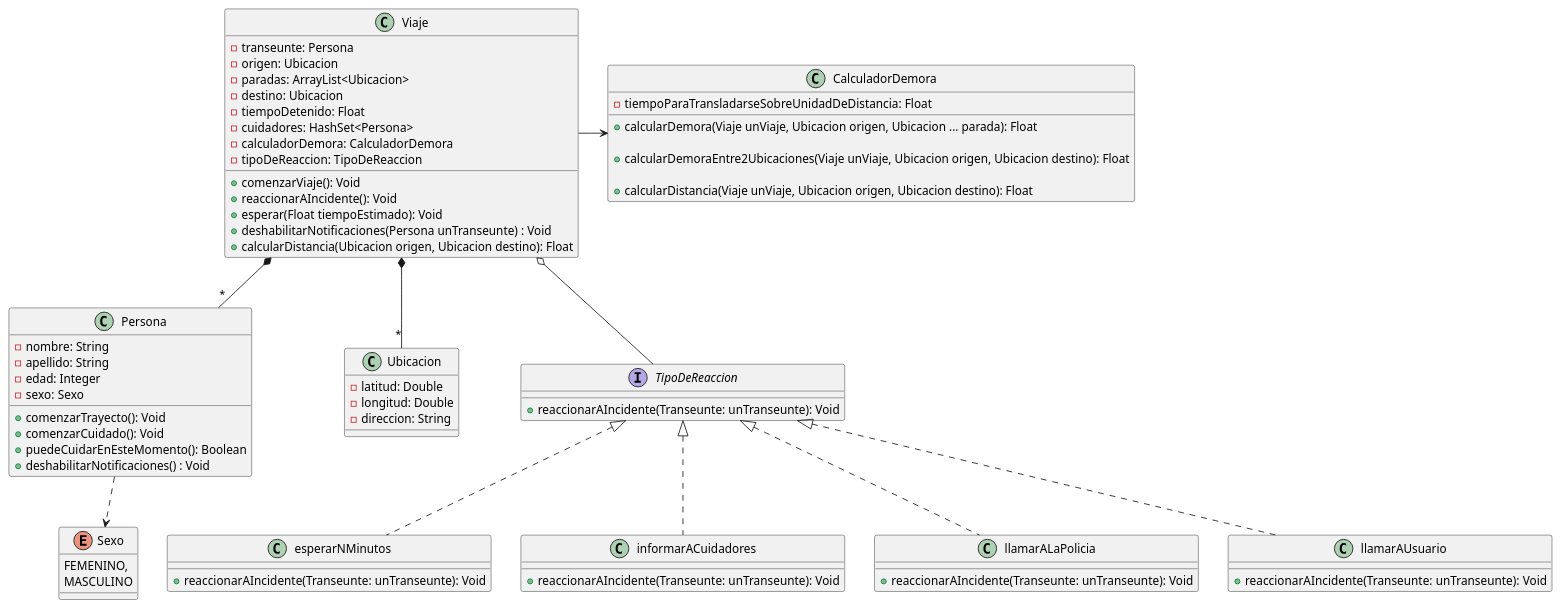
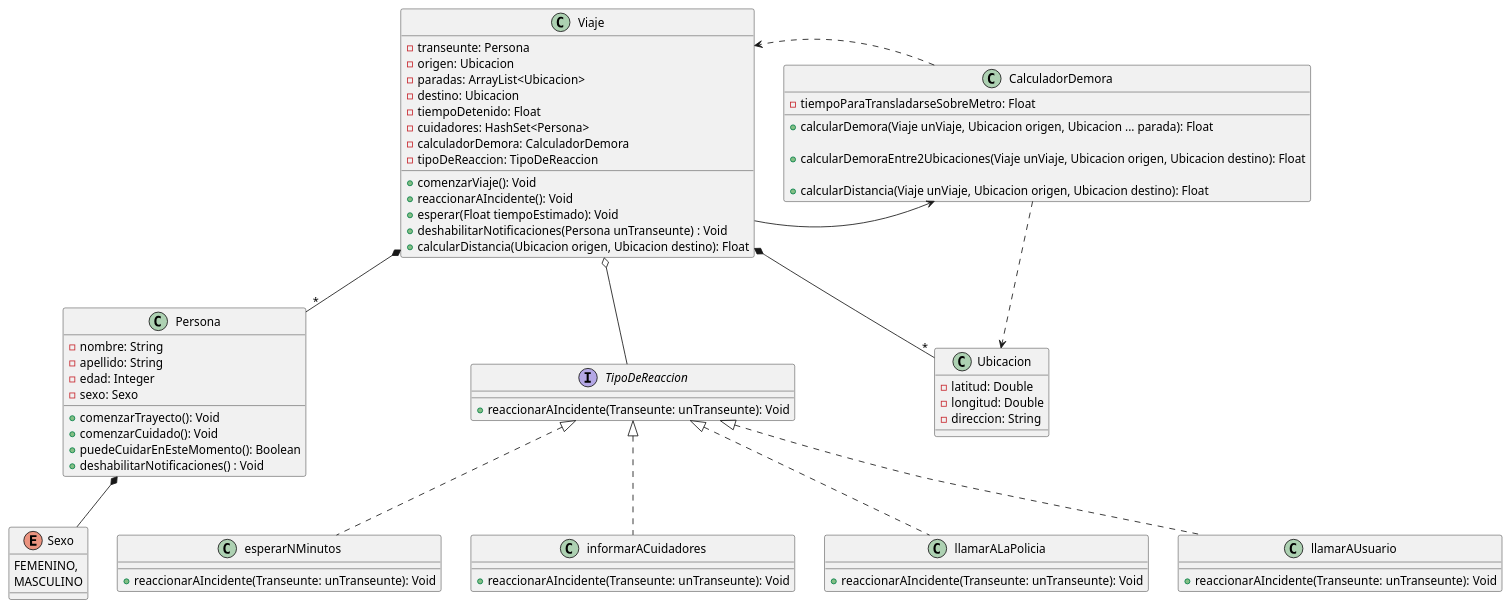
One commit to liamwilk/tp-cuidandonos changed the diagram in src/main/java/domain/entities/diagram.puml. Above: the diagram before and after it, drawn with PlantUML. The commit also changed 2 other files, not shown here.

Commit message:
feat && fix: relations in the class diagram, and the logic of CalculadorDemora.md, also the creation of README.md. Co-authored-by: AAMazzini03 <amazzini@frba.utn.edu.ar>

```diff
--- a/src/main/java/domain/entities/diagram.puml
+++ b/src/main/java/domain/entities/diagram.puml
@@ -1,79 +1,81 @@
 @startuml
 
-Persona ..> Sexo
+Persona *-- Sexo
 Viaje *-- "*" Persona
 Viaje *-- "*" Ubicacion
 Viaje o-- TipoDeReaccion
 Viaje -> CalculadorDemora
+CalculadorDemora ..> Ubicacion
+CalculadorDemora ..> Viaje
 
 class Persona{
     -nombre: String
     -apellido: String
     -edad: Integer
     -sexo: Sexo
 
     +comenzarTrayecto(): Void
     +comenzarCuidado(): Void
     +puedeCuidarEnEsteMomento(): Boolean
     +deshabilitarNotificaciones() : Void
 }
 
 Enum Sexo{
     FEMENINO,
     MASCULINO
 }
 
 class Viaje{
     -transeunte: Persona
     -origen: Ubicacion
     -paradas: ArrayList<Ubicacion>
     -destino: Ubicacion
     -tiempoDetenido: Float
     -cuidadores: HashSet<Persona>
     -calculadorDemora: CalculadorDemora
     -tipoDeReaccion: TipoDeReaccion
 
     +comenzarViaje(): Void
     +reaccionarAIncidente(): Void
     +esperar(Float tiempoEstimado): Void
     +deshabilitarNotificaciones(Persona unTranseunte) : Void
     +calcularDistancia(Ubicacion origen, Ubicacion destino): Float
 }
 
 class CalculadorDemora{
-    -tiempoParaTransladarseSobreUnidadDeDistancia: Float
+    -tiempoParaTransladarseSobreMetro: Float
 
     +calcularDemora(Viaje unViaje, Ubicacion origen, Ubicacion ... parada): Float
 
     +calcularDemoraEntre2Ubicaciones(Viaje unViaje, Ubicacion origen, Ubicacion destino): Float
 
     +calcularDistancia(Viaje unViaje, Ubicacion origen, Ubicacion destino): Float
 }
 
 class Ubicacion{
     -latitud: Double
     -longitud: Double
     -direccion: String
 }
 
 interface TipoDeReaccion{
     +reaccionarAIncidente(Transeunte: unTranseunte): Void
 }
 
 class esperarNMinutos implements TipoDeReaccion{
     +reaccionarAIncidente(Transeunte: unTranseunte): Void
 }
 
 class informarACuidadores implements TipoDeReaccion{
     +reaccionarAIncidente(Transeunte: unTranseunte): Void
 }
 
 class llamarALaPolicia implements TipoDeReaccion{
     +reaccionarAIncidente(Transeunte: unTranseunte): Void
 }
 
 class llamarAUsuario implements TipoDeReaccion{
     +reaccionarAIncidente(Transeunte: unTranseunte): Void
 }
 
 @enduml
```
